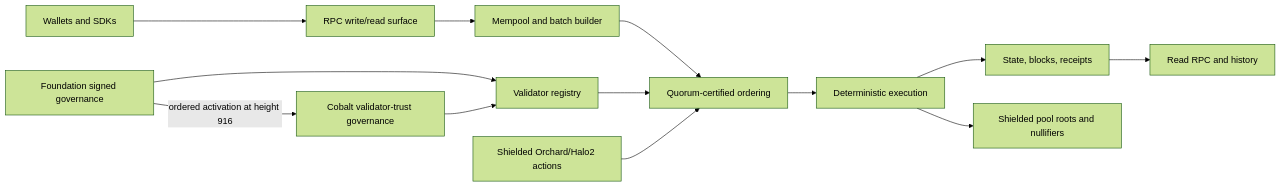
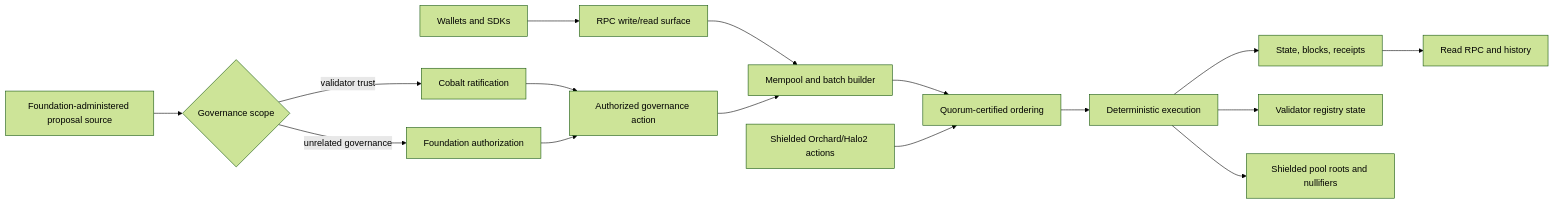
One commit to postfiatorg/postfiatl1v2 changed the diagram in README.md. Above: the diagram before and after it, drawn with Mermaid (forest theme). The commit also changed other lines of this file and 19 other files, not shown here.

Commit message:
docs: reconcile Cobalt runtime and source state

````diff
--- a/README.md
+++ b/README.md
@@ -13,18 +15,20 @@
 ```mermaid
 flowchart LR
   Wallet[Wallets and SDKs] --> RPC[RPC write/read surface]
   RPC --> Mempool[Mempool and batch builder]
   Mempool --> Ordering[Quorum-certified ordering]
   Ordering --> Execution[Deterministic execution]
   Execution --> Storage[State, blocks, receipts]
   Storage --> Reads[Read RPC and history]
 
-  Governance[Foundation signed governance] --> Registry[Validator registry]
-  Registry --> Ordering
-
-  Governance -->|ordered activation at height 916| Cobalt[Cobalt validator-trust governance]
-  Cobalt --> Registry
+  Proposal[Foundation-administered proposal source] --> Scope{Governance scope}
+  Scope -->|validator trust| Cobalt[Cobalt ratification]
+  Scope -->|unrelated governance| Foundation[Foundation authorization]
+  Cobalt --> GovAction[Authorized governance action]
+  Foundation --> GovAction
+  GovAction --> Mempool
+  Execution --> Registry[Validator registry state]
 
   Shielded[Shielded Orchard/Halo2 actions] --> Ordering
   Execution --> Pool[Shielded pool roots and nullifiers]
 ```
````
